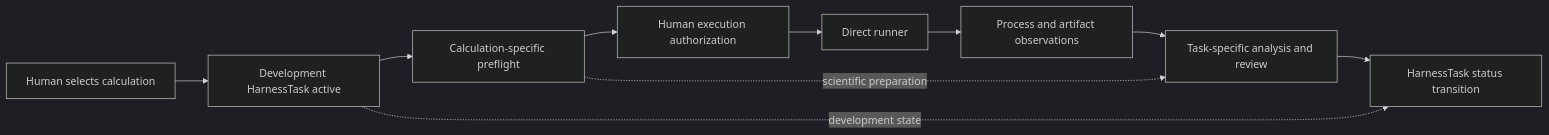
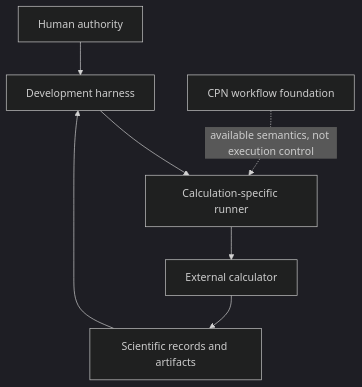
One commit to eragasa/ksdft2effmass changed the diagram in docs/architecture/v1/index.md. Above: the diagram before and after it, drawn with Mermaid (dark theme). The commit also changed other lines of this file and 61 other files, not shown here.

Commit message:
docs(architecture): expand versioned system design

````diff
--- a/docs/architecture/v1/index.md
+++ b/docs/architecture/v1/index.md
@@ -362,13 +11,16 @@
 ```mermaid
-flowchart LR
-    SELECT["Human selects calculation"] --> ACTIVE["Development HarnessTask active"]
-    ACTIVE --> PREFLIGHT["Calculation-specific preflight"]
-    PREFLIGHT --> AUTH["Human execution authorization"]
-    AUTH --> RUNNER["Direct runner"]
-    RUNNER --> OBS["Process and artifact observations"]
-    OBS --> ANALYSIS["Task-specific analysis and review"]
-    ANALYSIS --> TASKSTATE["HarnessTask status transition"]
+flowchart TB
+    human["Human authority"]
+    harness["Development harness"]
+    workflow["CPN workflow foundation"]
+    runner["Calculation-specific runner"]
+    calculator["External calculator"]
+    records["Scientific records and artifacts"]
 
-    ACTIVE -. development state .-> TASKSTATE
-    PREFLIGHT -. scientific preparation .-> ANALYSIS
+    human --> harness
+    harness --> runner
+    runner --> calculator
+    calculator --> records
+    records --> harness
+    workflow -. available semantics, not execution control .-> runner
 ```
````
